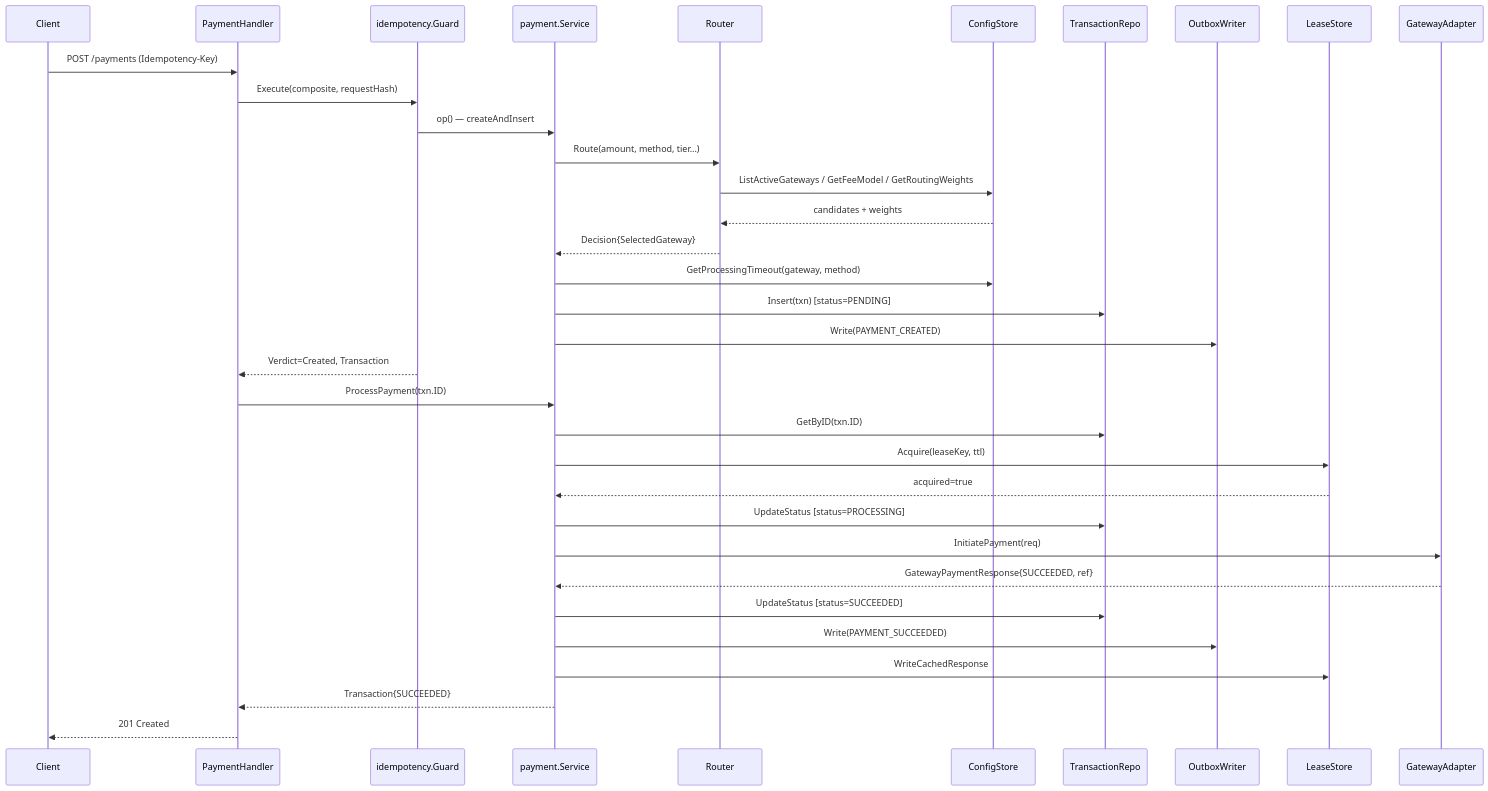
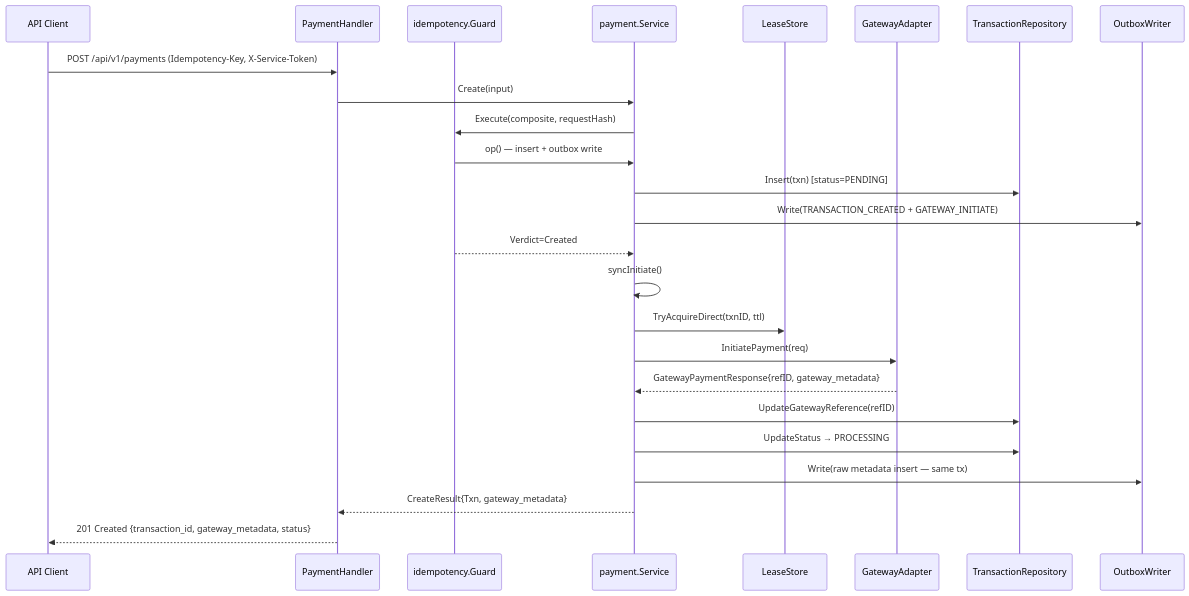
The third of 10 diagrams in README.md (flyluman/payment-service), drawn with Mermaid before and after one commit. The commit also changed other lines of this file and 246 other files, not shown here.

````diff
--- a/README.md
+++ b/README.md
@@ -222,40 +224,28 @@
 ```mermaid
 sequenceDiagram
-    participant C as Client
+    participant C as API Client
     participant H as PaymentHandler
     participant Idem as idempotency.Guard
     participant Svc as payment.Service
-    participant R as Router
-    participant Cfg as ConfigStore
-    participant Repo as TransactionRepo
-    participant Outbox as OutboxWriter
     participant Lease as LeaseStore
     participant GW as GatewayAdapter
+    participant Repo as TransactionRepository
+    participant Outbox as OutboxWriter
 
-    C->>H: POST /payments (Idempotency-Key)
-    H->>Idem: Execute(composite, requestHash)
-    Idem->>Svc: op() — createAndInsert
-    Svc->>R: Route(amount, method, tier...)
-    R->>Cfg: ListActiveGateways / GetFeeModel / GetRoutingWeights
-    Cfg-->>R: candidates + weights
-    R-->>Svc: Decision{SelectedGateway}
-    Svc->>Cfg: GetProcessingTimeout(gateway, method)
+    C->>H: POST /api/v1/payments (Idempotency-Key, X-Service-Token)
+    H->>Svc: Create(input)
+    Svc->>Idem: Execute(composite, requestHash)
+    Idem->>Svc: op() — insert + outbox write
     Svc->>Repo: Insert(txn) [status=PENDING]
-    Svc->>Outbox: Write(PAYMENT_CREATED)
-    Idem-->>H: Verdict=Created, Transaction
-
-    H->>Svc: ProcessPayment(txn.ID)
-    Svc->>Repo: GetByID(txn.ID)
-    Svc->>Lease: Acquire(leaseKey, ttl)
-    Lease-->>Svc: acquired=true
-    Svc->>Repo: UpdateStatus [status=PROCESSING]
-
+    Svc->>Outbox: Write(TRANSACTION_CREATED + GATEWAY_INITIATE)
+    Idem-->>Svc: Verdict=Created
+    Svc->>Svc: syncInitiate()
+    Svc->>Lease: TryAcquireDirect(txnID, ttl)
     Svc->>GW: InitiatePayment(req)
-    GW-->>Svc: GatewayPaymentResponse{SUCCEEDED, ref}
-
-    Svc->>Repo: UpdateStatus [status=SUCCEEDED]
-    Svc->>Outbox: Write(PAYMENT_SUCCEEDED)
-    Svc->>Lease: WriteCachedResponse
-    Svc-->>H: Transaction{SUCCEEDED}
-    H-->>C: 201 Created
+    GW-->>Svc: GatewayPaymentResponse{refID, gateway_metadata}
+    Svc->>Repo: UpdateGatewayReference(refID)
+    Svc->>Repo: UpdateStatus → PROCESSING
+    Svc->>Outbox: Write(raw metadata insert — same tx)
+    Svc-->>H: CreateResult{Txn, gateway_metadata}
+    H-->>C: 201 Created {transaction_id, gateway_metadata, status}
 ```
````
